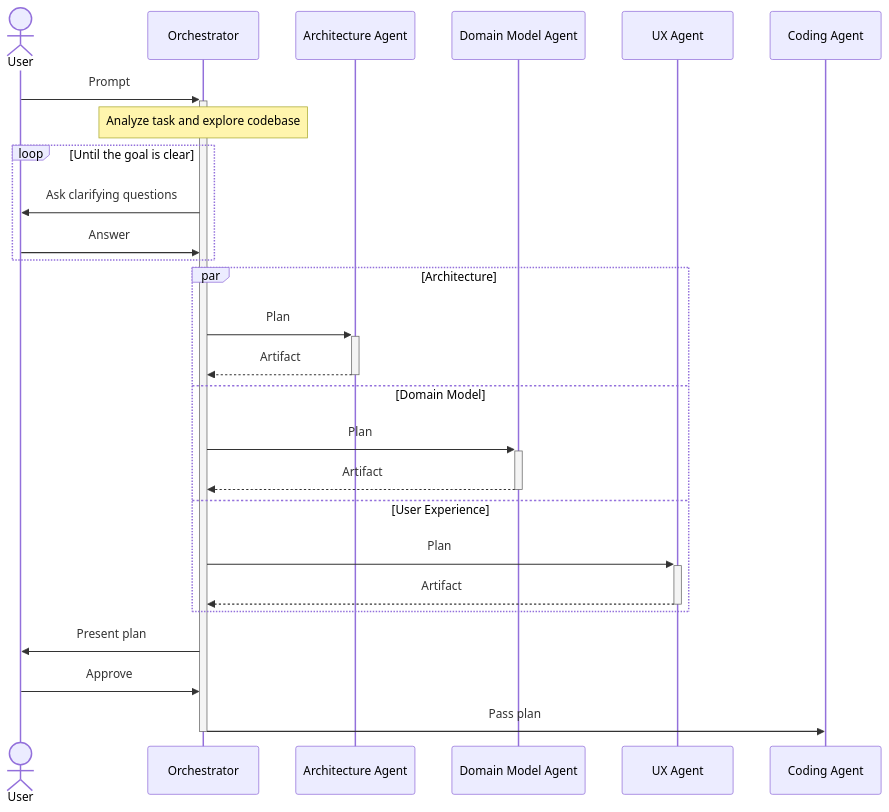
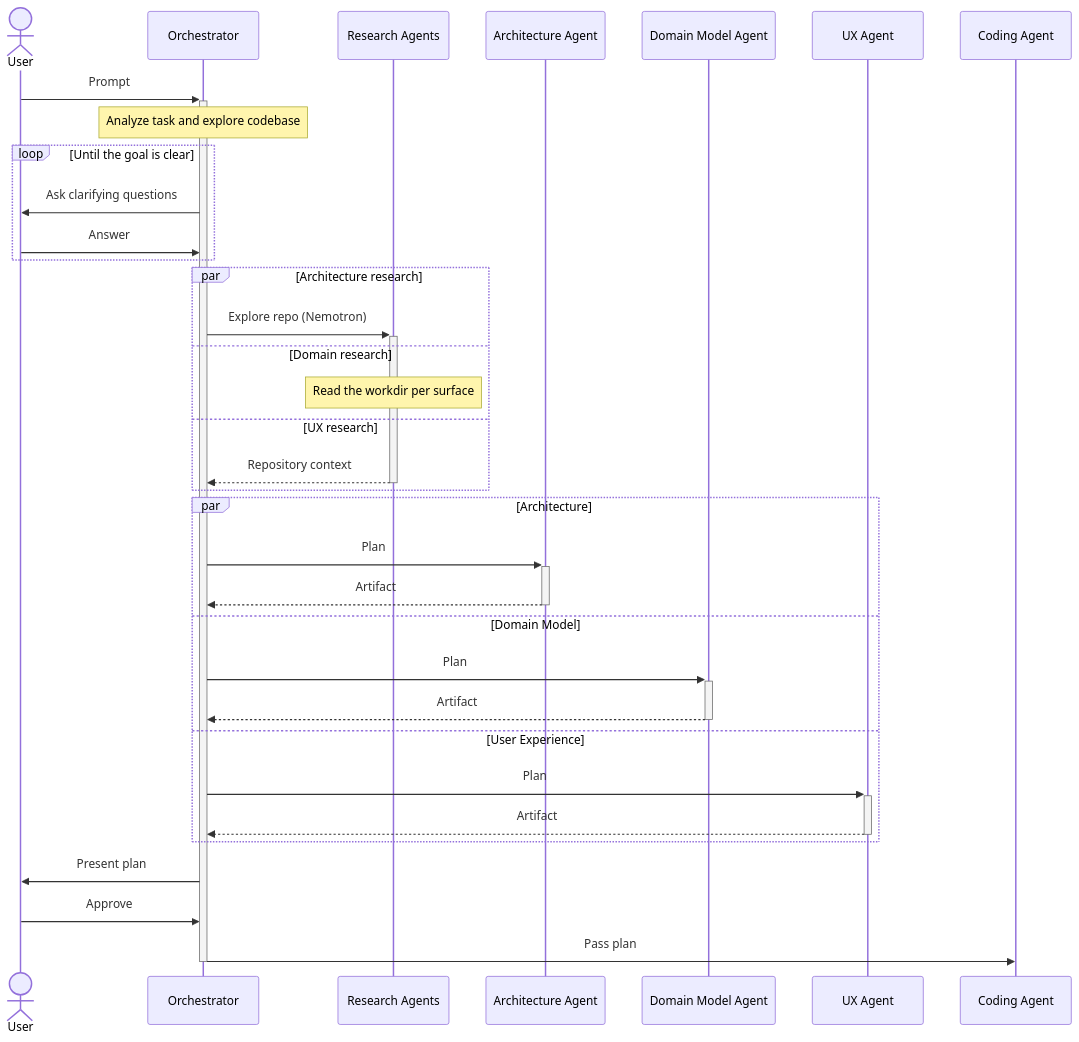
Before and after one commit to aonyx-ai/inference-hackathon: the diagram in README.md, drawn with Mermaid. The commit also changed other lines of this file and 13 other files, not shown here.

First line of the commit message:
Research the repo to ground artifact agents

````diff
--- a/README.md
+++ b/README.md
@@ -40,23 +47,30 @@
 ```mermaid
 sequenceDiagram
     actor User
     User->>+Orchestrator: Prompt
     Note over Orchestrator: Analyze task and explore codebase
     loop Until the goal is clear
         Orchestrator->>User: Ask clarifying questions
         User->>Orchestrator: Answer
+    end
+    par Architecture research
+        Orchestrator->>+Research Agents: Explore repo (Nemotron)
+    and Domain research
+        Note over Research Agents: Read the workdir per surface
+    and UX research
+        Research Agents-->>-Orchestrator: Repository context
     end
     par Architecture
         Orchestrator->>+Architecture Agent: Plan
         Architecture Agent-->>-Orchestrator: Artifact
     and Domain Model
         Orchestrator->>+Domain Model Agent: Plan
         Domain Model Agent-->>-Orchestrator: Artifact
     and User Experience
         Orchestrator->>+UX Agent: Plan
         UX Agent-->>-Orchestrator: Artifact
     end
     Orchestrator->>User: Present plan
     User->>Orchestrator: Approve
     Orchestrator->>-Coding Agent: Pass plan
 ```
````
